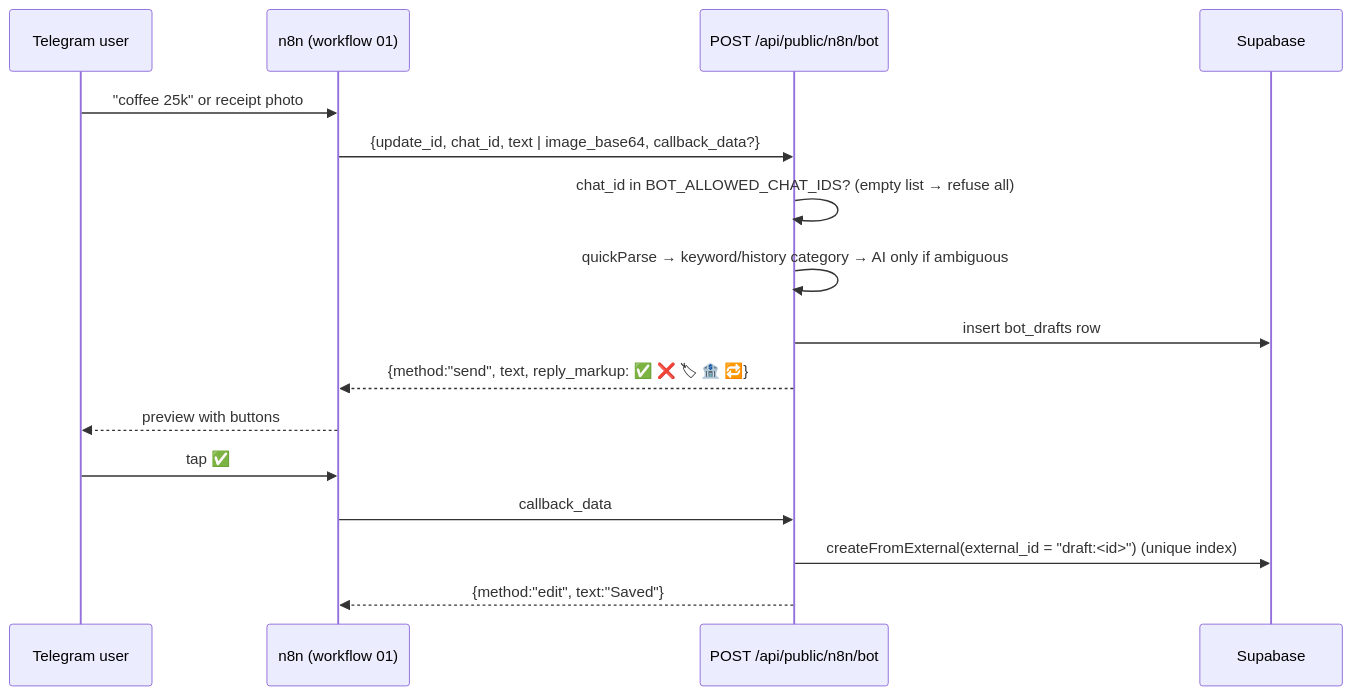
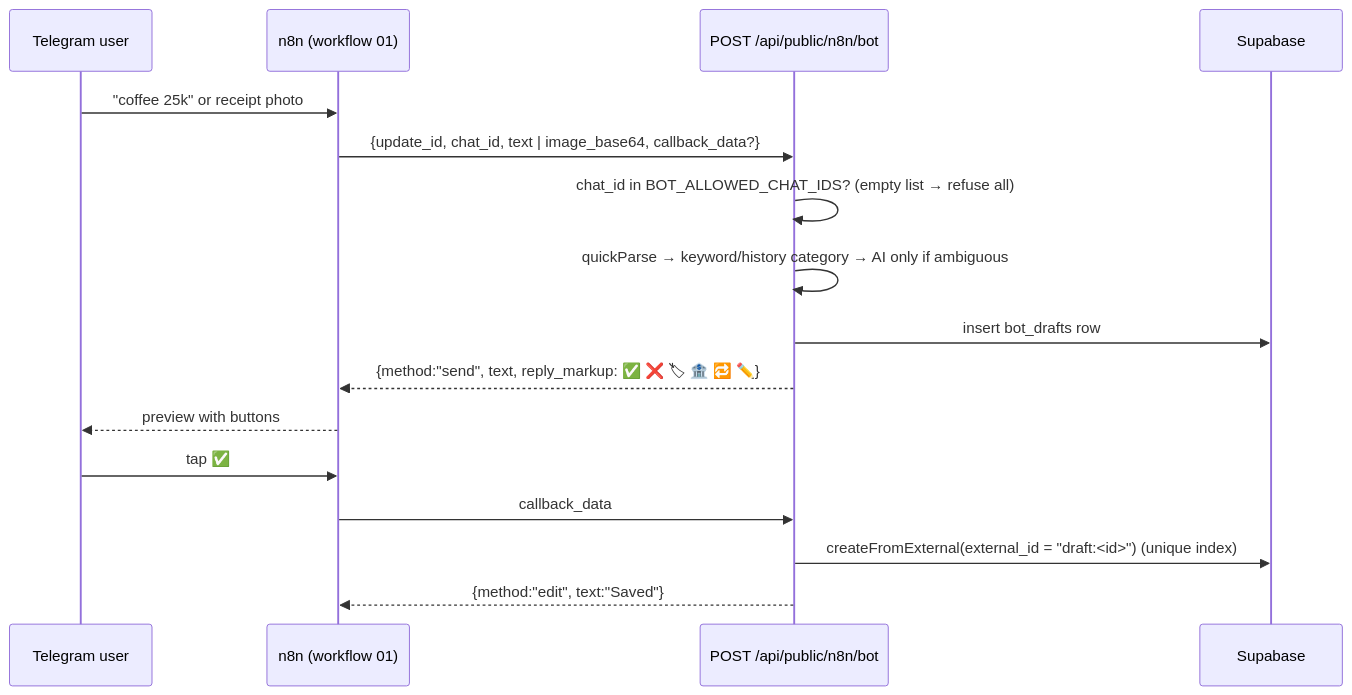
The third of 3 diagrams in docs/ARCHITECTURE.md (ilramdhan/dompetku), drawn with Mermaid before and after one commit. The commit also changed 8 other files, not shown here.

````diff
--- a/docs/ARCHITECTURE.md
+++ b/docs/ARCHITECTURE.md
@@ -355,18 +355,18 @@
 ```mermaid
 sequenceDiagram
   participant U as Telegram user
   participant N as n8n (workflow 01)
   participant A as POST /api/public/n8n/bot
   participant DB as Supabase
   U->>N: "coffee 25k" or receipt photo
   N->>A: {update_id, chat_id, text | image_base64, callback_data?}
   A->>A: chat_id in BOT_ALLOWED_CHAT_IDS? (empty list → refuse all)
   A->>A: quickParse → keyword/history category → AI only if ambiguous
   A->>DB: insert bot_drafts row
-  A-->>N: {method:"send", text, reply_markup: ✅ ❌ 🏷 🏦 🔁}
+  A-->>N: {method:"send", text, reply_markup: ✅ ❌ 🏷 🏦 🔁 ✏️}
   N-->>U: preview with buttons
   U->>N: tap ✅
   N->>A: callback_data
   A->>DB: createFromExternal(external_id = "draft:<id>") (unique index)
   A-->>N: {method:"edit", text:"Saved"}
 ```
````
